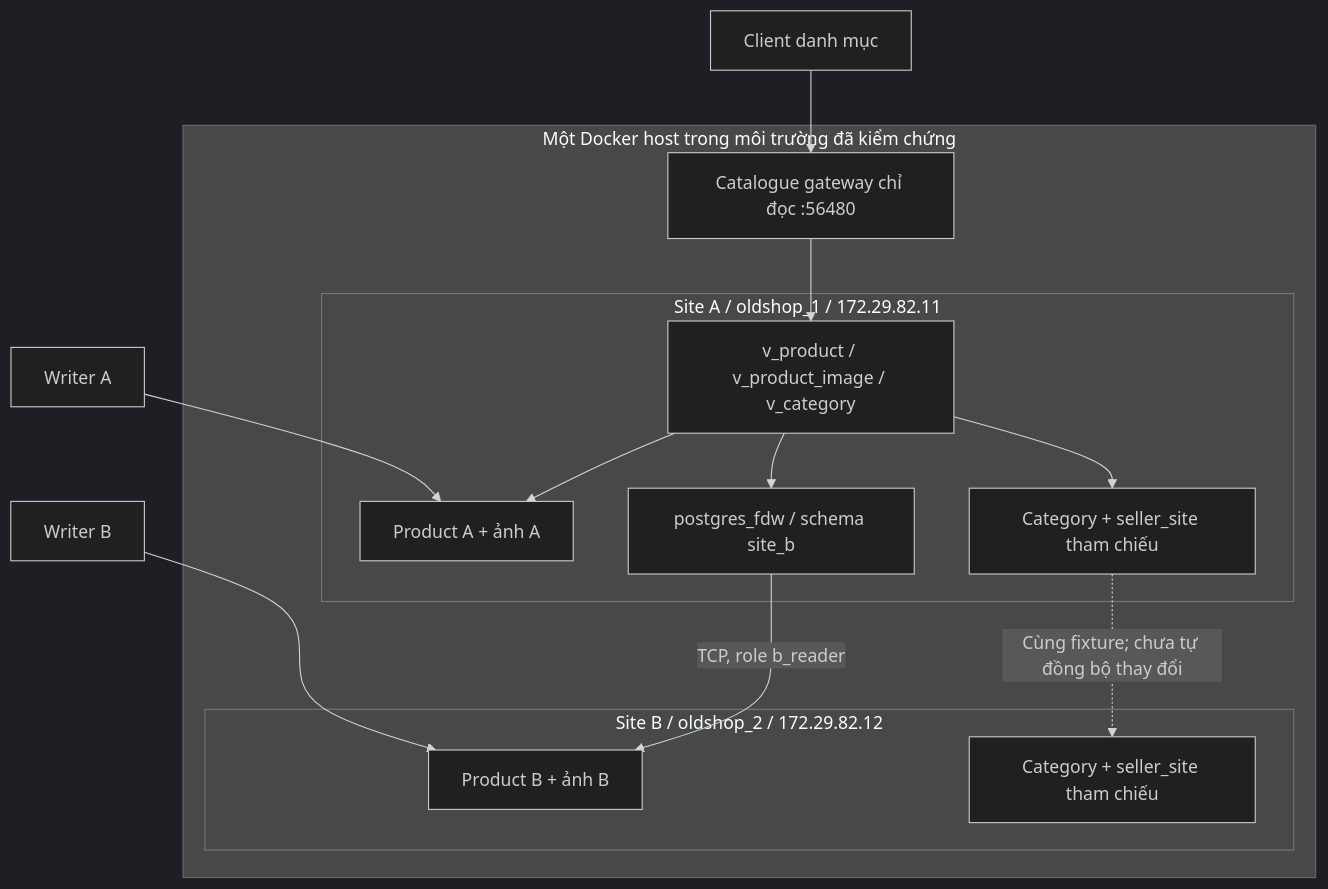
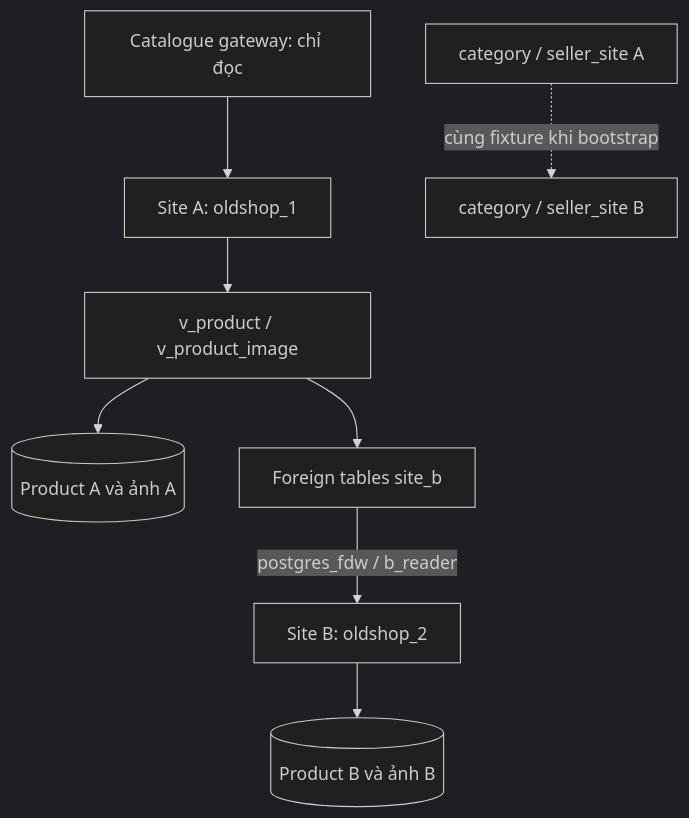
The fourth of 5 diagrams in docs/report/BAO_CAO_KIEN_TRUC_CO_SO_DU_LIEU_OLDSHOP.md (AlligatorTHPhat/old-shop), drawn with Mermaid (dark theme) before and after one commit. The commit also changed other lines of this file and 6 other files, not shown here.

````diff
--- a/docs/report/BAO_CAO_KIEN_TRUC_CO_SO_DU_LIEU_OLDSHOP.md
+++ b/docs/report/BAO_CAO_KIEN_TRUC_CO_SO_DU_LIEU_OLDSHOP.md
@@ -345,24 +411,10 @@
 ```mermaid
 flowchart TB
-    WA["Writer A"] --> PA
-    WB["Writer B"] --> PB
-    Client["Client danh mục"] --> API
-    subgraph Host["Một Docker host trong môi trường đã kiểm chứng"]
-        API["Catalogue gateway chỉ đọc :56480"] --> VA
-        subgraph SiteA["Site A / oldshop_1 / 172.29.82.11"]
-            VA["v_product / v_product_image / v_category"]
-            PA["Product A + ảnh A"]
-            RA["Category + seller_site tham chiếu"]
-            VA --> PA
-            VA --> RA
-            FDW["postgres_fdw / schema site_b"]
-            VA --> FDW
-        end
-        subgraph SiteB["Site B / oldshop_2 / 172.29.82.12"]
-            PB["Product B + ảnh B"]
-            RB["Category + seller_site tham chiếu"]
-        end
-        FDW -->|"TCP, role b_reader"| PB
-        RA -.->|"Cùng fixture; chưa tự đồng bộ thay đổi"| RB
-    end
+    G[Catalogue gateway: chỉ đọc] --> A[Site A: oldshop_1]
+    A --> V[v_product / v_product_image]
+    V --> PA[(Product A và ảnh A)]
+    V --> F[Foreign tables site_b]
+    F -->|postgres_fdw / b_reader| B[Site B: oldshop_2]
+    B --> PB[(Product B và ảnh B)]
+    RA[category / seller_site A] -.->|cùng fixture khi bootstrap| RB[category / seller_site B]
 ```
````
